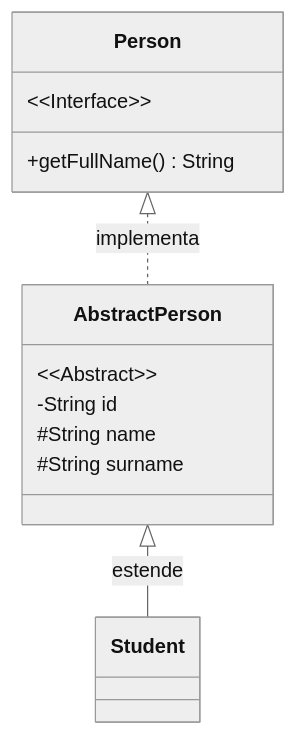
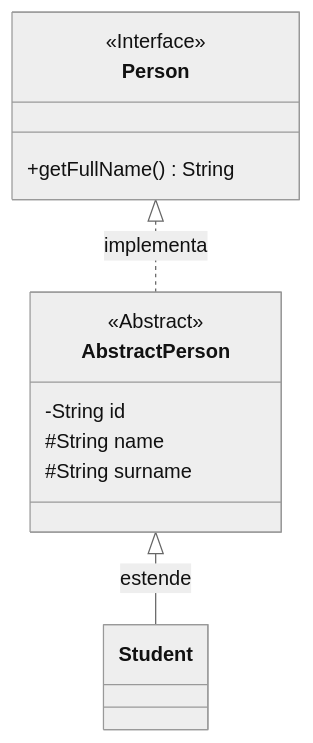
The first of 3 diagrams in lezioni/4-UML/README.md (TendTo/Tutorato-Ingegneria-del-Software), drawn with Mermaid (neutral theme) before and after one commit. The commit also changed 2 other files, not shown here.

Commit message:
feat(lezioni-13): add streams

````diff
--- a/lezioni/4-UML/README.md
+++ b/lezioni/4-UML/README.md
@@ -131,16 +131,16 @@
 ```mermaid
 classDiagram
     class Person {
-        &lt;&lt;Interface&gt;&gt;
+        <<Interface>>
         +getFullName() String
     }
     class AbstractPerson {
-        &lt;&lt;Abstract&gt;&gt;
+        <<Abstract>>
         -String id
         #String name
         #String surname
     }
     class Student
     Person <|.. AbstractPerson : implementa
     AbstractPerson <|-- Student : estende
 ```
````
